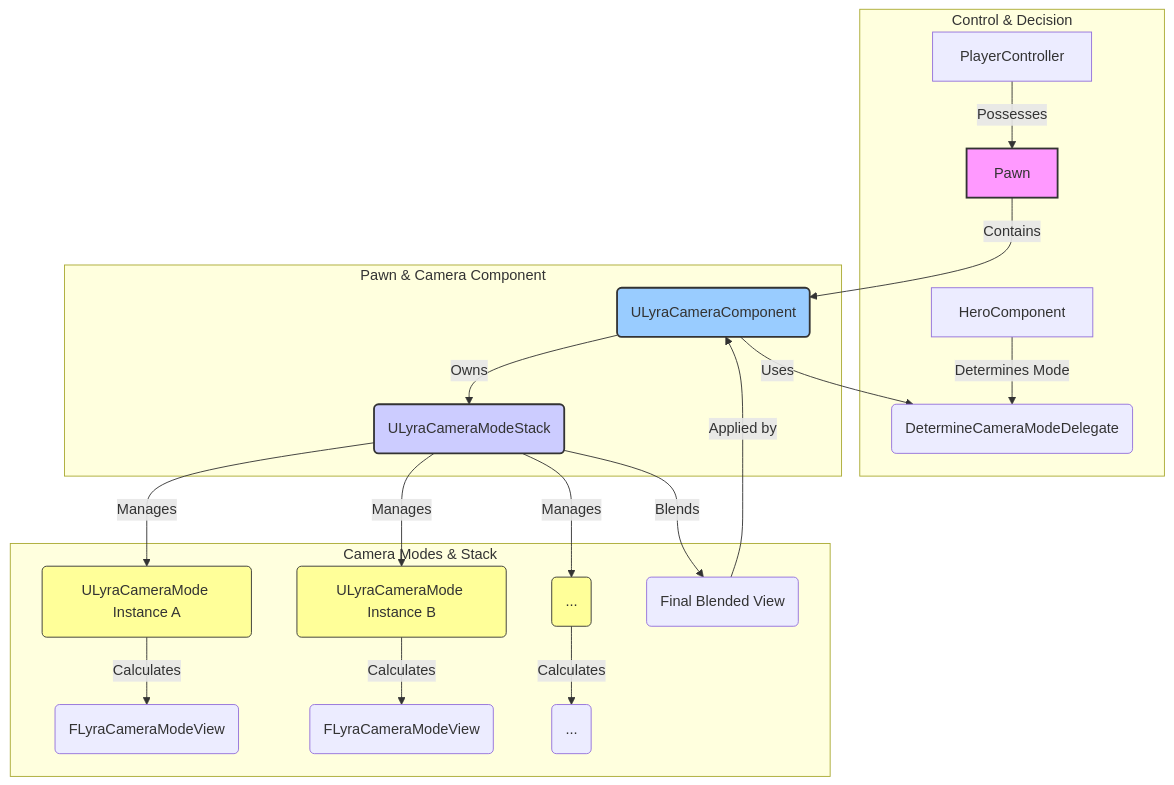
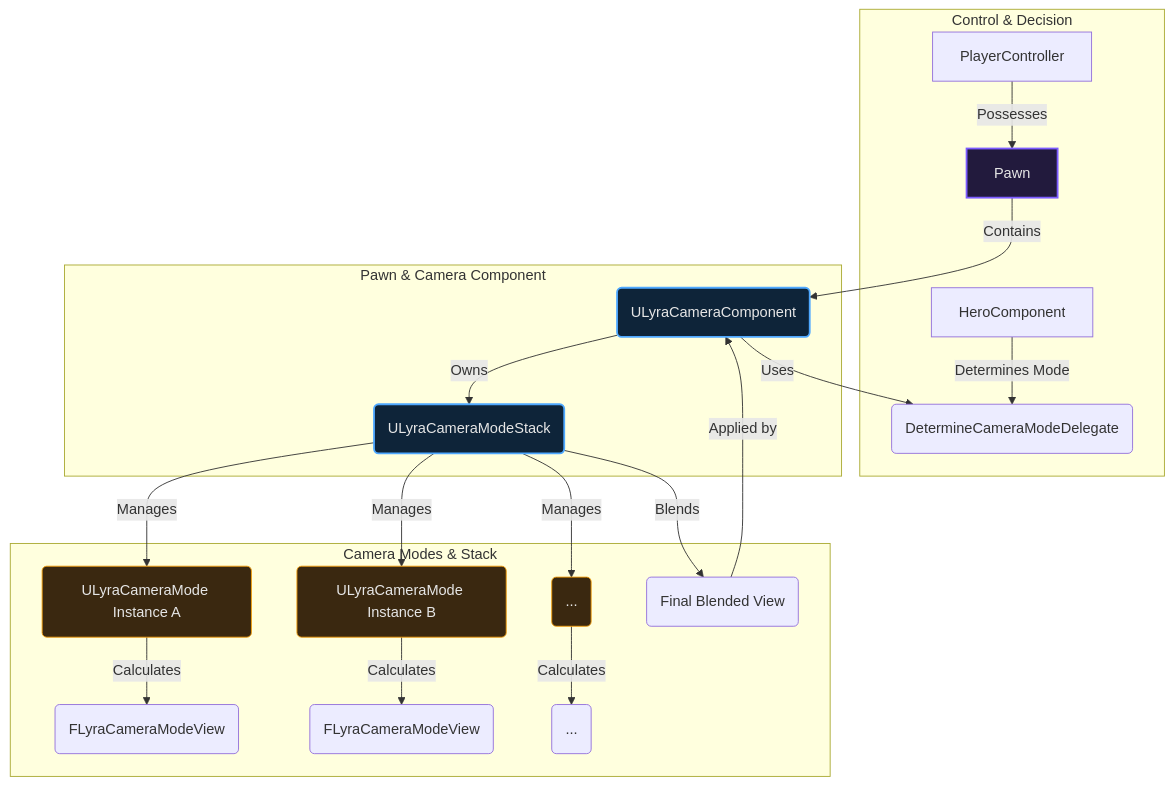
The second of 2 diagrams in outliyr-framework/docs/base-lyra-modified/camera/README.md (outliyr/outliyr-docs), drawn with Mermaid before and after one commit. The commit also changed 11 other files, not shown here.

````diff
--- a/outliyr-framework/docs/base-lyra-modified/camera/README.md
+++ b/outliyr-framework/docs/base-lyra-modified/camera/README.md
@@ -32,34 +32,33 @@
 ```mermaid
 graph TD
     subgraph "Control & Decision"
         PlayerController -- Possesses --> Pawn
         HeroComponent -- Determines Mode --> DetermineDelegate(DetermineCameraModeDelegate)
     end
 
     subgraph "Pawn & Camera Component"
         Pawn -- Contains --> CamComp(ULyraCameraComponent)
         CamComp -- Owns --> CamStack(ULyraCameraModeStack)
         CamComp -- Uses --> DetermineDelegate
     end
 
     subgraph "Camera Modes & Stack"
         CamStack -- Manages --> ModeA(ULyraCameraMode Instance A)
         CamStack -- Manages --> ModeB(ULyraCameraMode Instance B)
         CamStack -- Manages --> ModeC(...)
         ModeA -- Calculates --> ViewA(FLyraCameraModeView)
         ModeB -- Calculates --> ViewB(FLyraCameraModeView)
         ModeC -- Calculates --> ViewC(...)
         CamStack -- Blends --> FinalView(Final Blended View)
     end
 
     %% FinalView is outside subgraphs so it can be used globally
     FinalView -->|Applied by| CamComp
 
-    style Pawn fill:#f9f,stroke:#333,stroke-width:2px
-    style CamComp fill:#9cf,stroke:#333,stroke-width:2px
-    style CamStack fill:#ccf,stroke:#333,stroke-width:2px
-    style ModeA fill:#ff9,stroke:#333,stroke-width:1px
-    style ModeB fill:#ff9,stroke:#333,stroke-width:1px
-    style ModeC fill:#ff9,stroke:#333,stroke-width:1px
-
+    style Pawn fill:#221a3d,stroke:#7c5cff,stroke-width:2px,color:#e6e6e6
+    style CamComp fill:#0e2439,stroke:#4ea8ff,stroke-width:2px,color:#e6e6e6
+    style CamStack fill:#0e2439,stroke:#4ea8ff,stroke-width:2px,color:#e6e6e6
+    style ModeA fill:#3a2810,stroke:#f59e0b,stroke-width:1px,color:#e6e6e6
+    style ModeB fill:#3a2810,stroke:#f59e0b,stroke-width:1px,color:#e6e6e6
+    style ModeC fill:#3a2810,stroke:#f59e0b,stroke-width:1px,color:#e6e6e6
 ```
````
